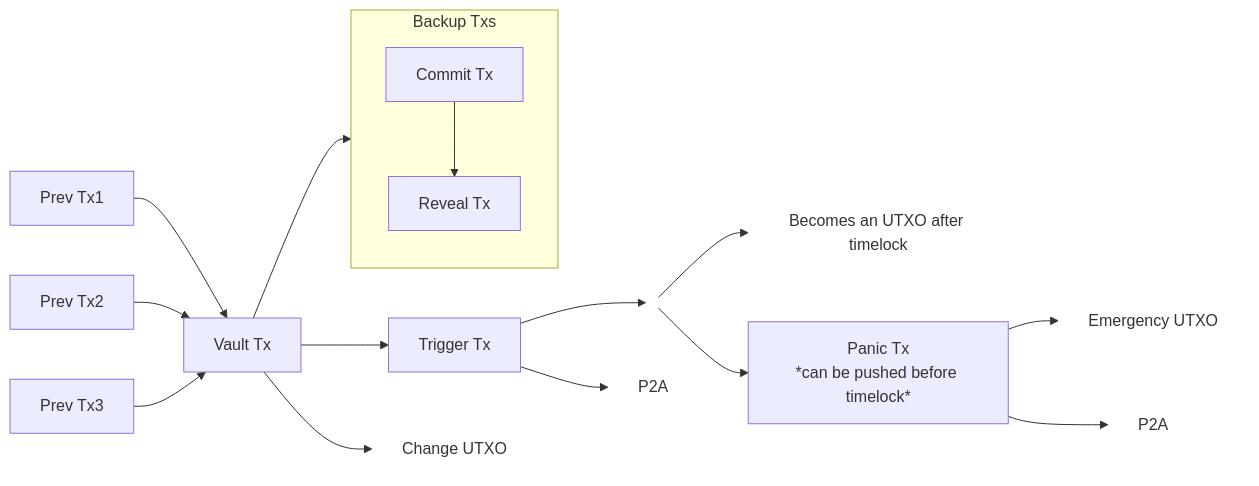
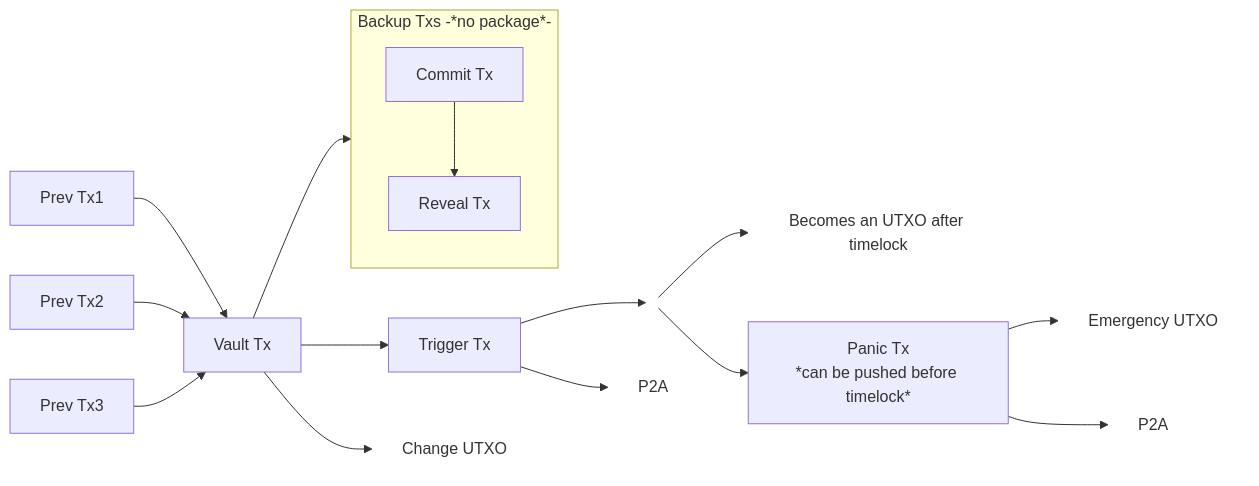
One commit to bitcoinerlab/playground changed the second of 2 diagrams in descriptors/rewind2/README.md. Above: the diagram before and after it, drawn with Mermaid. The commit also changed other lines of this file, not shown here.

Commit message:
docs: refined the docs for better flow

````diff
--- a/descriptors/rewind2/README.md
+++ b/descriptors/rewind2/README.md
@@ -207,51 +166,51 @@
 ```mermaid
 flowchart LR
     U1[Prev Tx1]
     U2[Prev Tx2]
     U3[Prev Tx3]
 
     V[Vault Tx]
-    subgraph BackupTxs[Backup Txs]
+    subgraph BackupTxs[Backup Txs -*no package*-]
         direction TB
         Cmt[Commit Tx]
         Rev[Reveal Tx]
     end
 
     T[Trigger Tx]
     C[Change UTXO]
 
     %% Fork node
     F(( ))
     style F fill:transparent,stroke:transparent
 
     %% UTXO N as borderless box
     UTXON[Becomes an UTXO after timelock]
     style UTXON fill:transparent,stroke:transparent
 
     %% Inputs
     U1 --> V
     U2 --> V
     U3 --> V
 
     %% Vault outputs
     V --> Cmt
     Cmt --> Rev
     V --> T
     V --> C
     style C fill:transparent,stroke:transparent
 
     %% Trigger Tx outputs
     T --> F
     T --> A_T[P2A]
     style A_T fill:transparent,stroke:transparent
 
     %% Forked outputs
     F --> P[Panic Tx<br/>*can be pushed before timelock*]
     F --> UTXON
 
     %% Panic Tx outputs
     P --> E[Emergency UTXO]
     style E fill:transparent,stroke:transparent
     P --> A_P[P2A]
     style A_P fill:transparent,stroke:transparent
 ```
````
